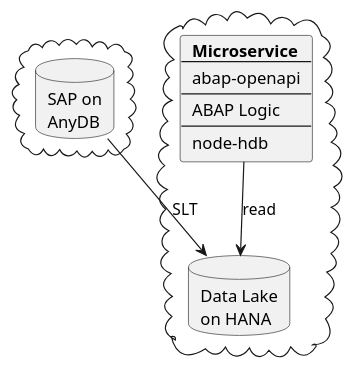
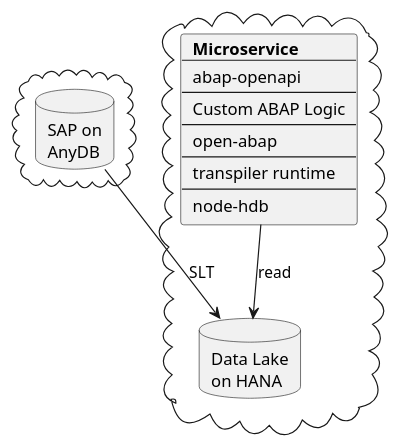
The diagram in src/introduction.adoc (heliconialabs/moving-abap-workloads-to-serverless), drawn with PlantUML before and after one commit. The commit also changed other lines of this file, not shown here.

```diff
--- a/src/introduction.adoc
+++ b/src/introduction.adoc
@@ -17,27 +17,31 @@
 [plantuml]
 ....
 skinparam monochrome true
 
 cloud {
   database "SAP on\nAnyDB" as sap
 }
 
 cloud {
   database "Data Lake\non HANA" as lake
 
   card card [
     <b>Microservice
     ----
     abap-openapi
     ----
-    ABAP Logic
+    Custom ABAP Logic
+    ----
+    open-abap
+    ----
+    transpiler runtime
     ----
     node-hdb
   ]
 
   card -down-> lake : read
 }
 
 
 sap --> lake : SLT
 ....
```
